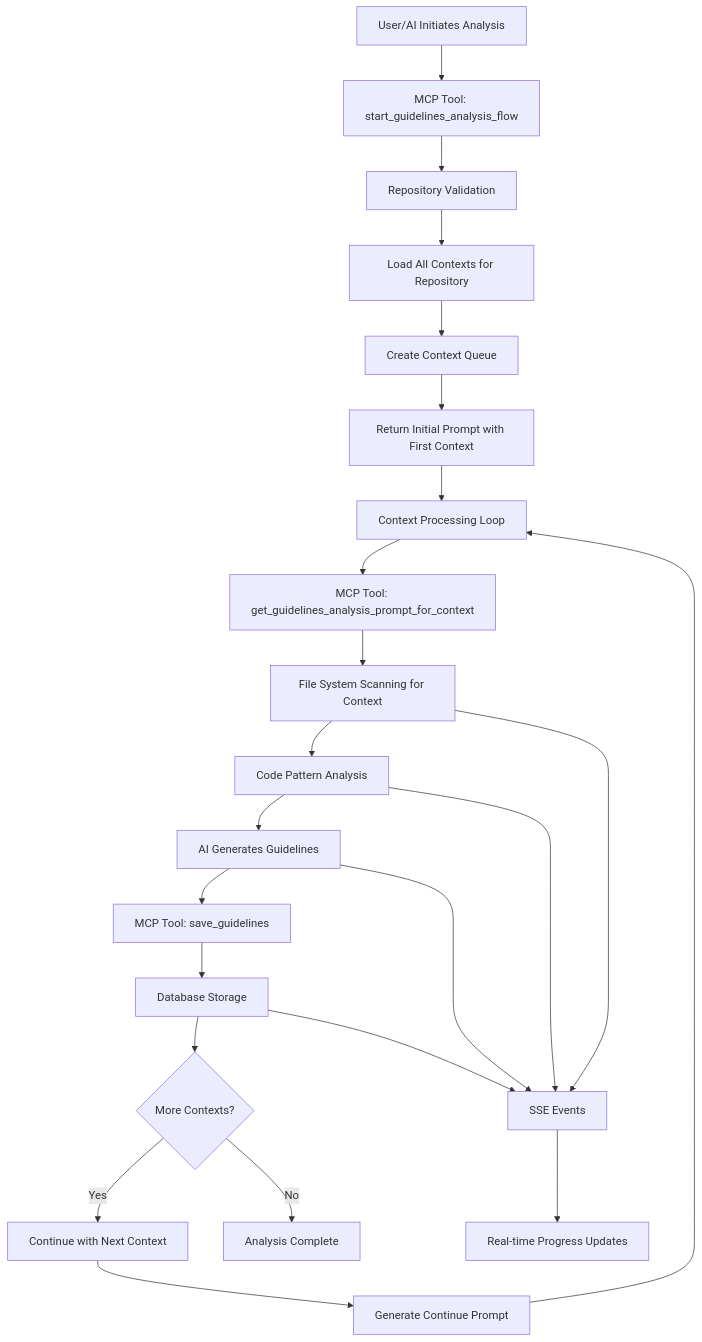
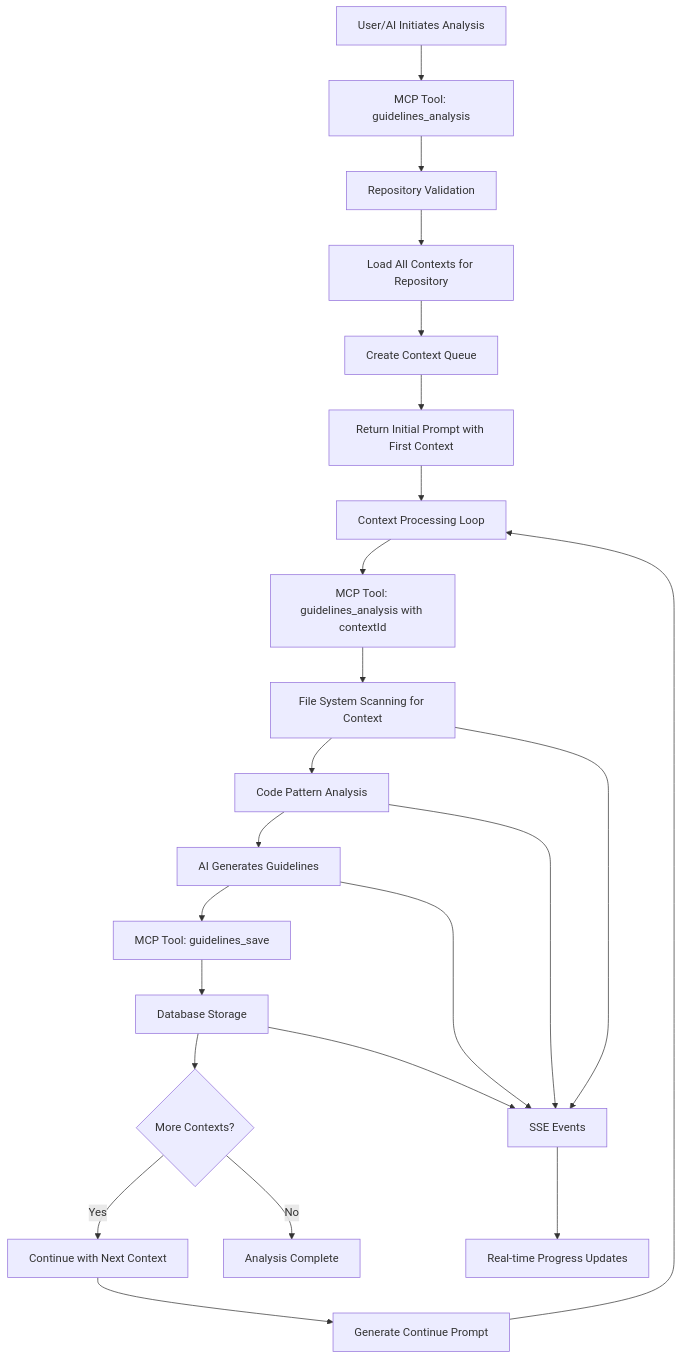
Before and after one commit to bettercontext/btrx: the diagram in docs/user-guide/guidelines-analysis.md, drawn with Mermaid. The commit also changed other lines of this file and 41 other files, not shown here.

Commit message:
refactor: prepare guidelines (service/MCP) for the diff feature

````diff
--- a/docs/user-guide/guidelines-analysis.md
+++ b/docs/user-guide/guidelines-analysis.md
@@ -17,29 +17,29 @@
 ```mermaid
 graph TD
-    A[User/AI Initiates Analysis] --> B[MCP Tool: start_guidelines_analysis_flow]
+    A[User/AI Initiates Analysis] --> B[MCP Tool: guidelines_analysis]
     B --> C[Repository Validation]
     C --> D[Load All Contexts for Repository]
     D --> E[Create Context Queue]
     E --> F[Return Initial Prompt with First Context]
     F --> G[Context Processing Loop]
 
-    G --> H[MCP Tool: get_guidelines_analysis_prompt_for_context]
+    G --> H[MCP Tool: guidelines_analysis with contextId]
     H --> I[File System Scanning for Context]
     I --> J[Code Pattern Analysis]
     J --> K[AI Generates Guidelines]
-    K --> L[MCP Tool: save_guidelines]
+    K --> L[MCP Tool: guidelines_save]
     L --> M[Database Storage]
     M --> N{More Contexts?}
 
     N -->|Yes| O[Continue with Next Context]
     O --> P[Generate Continue Prompt]
     P --> G
 
     N -->|No| Q[Analysis Complete]
 
     S[SSE Events] --> T[Real-time Progress Updates]
     I --> S
     J --> S
     K --> S
     M --> S
 ```
````
